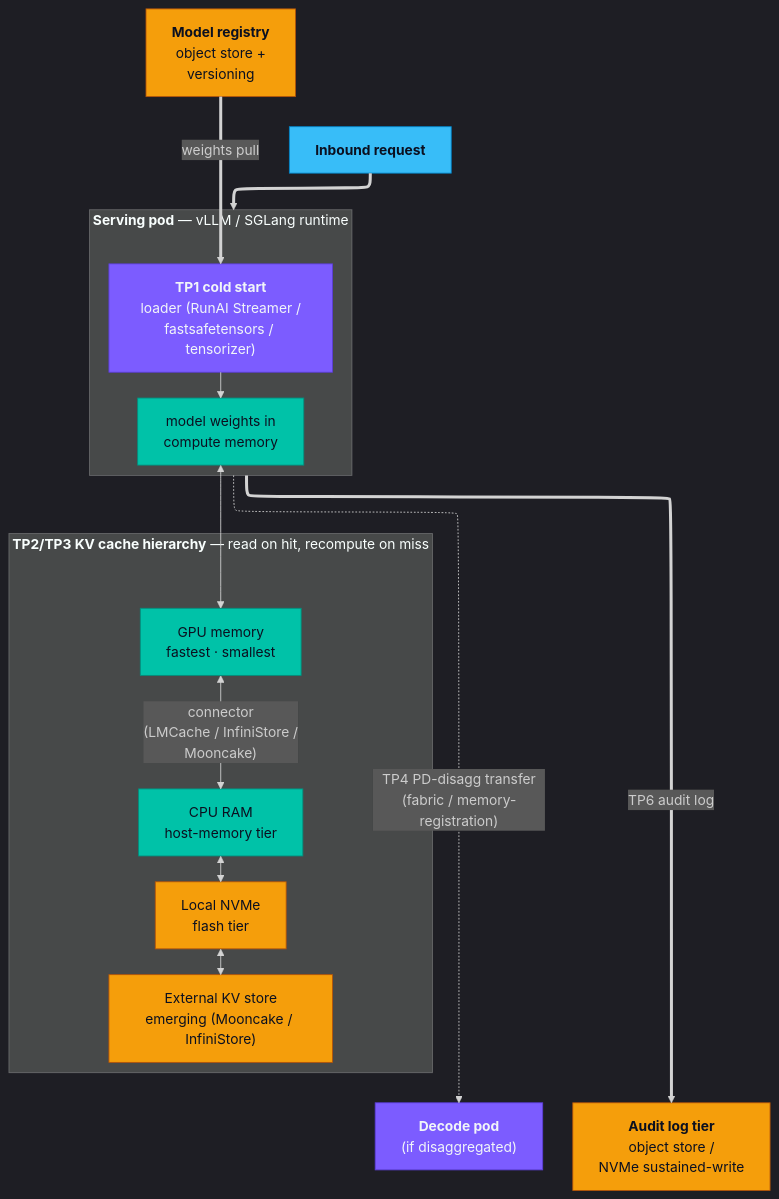
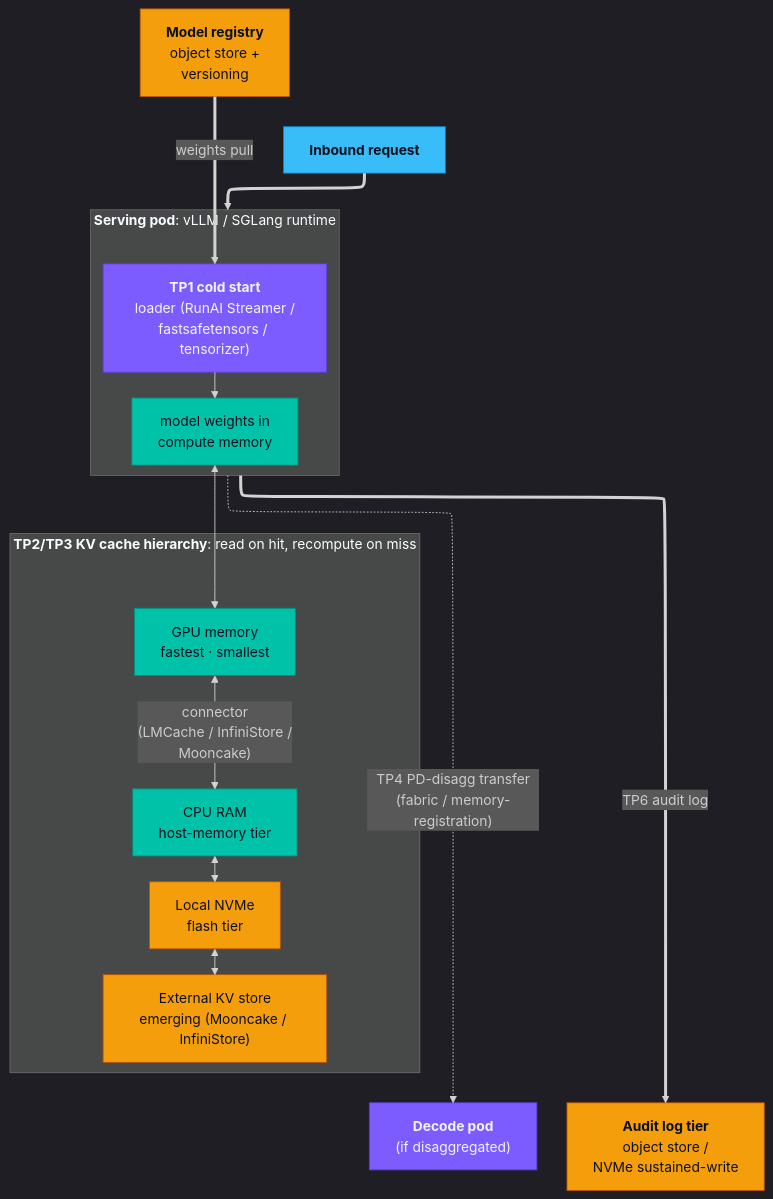
Before and after one commit to knachiketa04/aihomelab: the fourth of 4 diagrams in artifacts/concepts/storage-touchpoints-map/storage-touchpoints-map.md, drawn with Mermaid. The commit also changed other lines of this file and 7 other files, not shown here.

````diff
--- a/artifacts/concepts/storage-touchpoints-map/storage-touchpoints-map.md
+++ b/artifacts/concepts/storage-touchpoints-map/storage-touchpoints-map.md
@@ -308,40 +305,40 @@
 ```mermaid
 %%{init: {'theme':'dark', 'flowchart': {'defaultRenderer': 'elk'}}}%%
 flowchart TB
     classDef storage    fill:#F59E0B,stroke:#B45309,color:#0B1020,stroke-width:1px
     classDef compute    fill:#7C5CFF,stroke:#5B3DD9,color:#F1F5F9,stroke-width:1px
     classDef memory     fill:#00C2A8,stroke:#008F7E,color:#0B1020,stroke-width:1px
     classDef fabric     fill:#38BDF8,stroke:#0284C7,color:#0B1020,stroke-width:1px
     classDef tier       fill:#0F172A,stroke:#475569,color:#F1F5F9,stroke-width:2px
 
     REQ["<b>Inbound request</b>"]:::fabric
 
     REG["<b>Model registry</b><br>object store +<br>versioning"]:::storage
 
-    subgraph SERVING["<b>Serving pod</b> — vLLM / SGLang runtime"]
+    subgraph SERVING["<b>Serving pod</b>: vLLM / SGLang runtime"]
         direction TB
         LOADER["<b>TP1 cold start</b><br>loader (RunAI Streamer /<br>fastsafetensors / tensorizer)"]:::compute
         WEIGHTS["model weights in<br>compute memory"]:::memory
     end
 
-    subgraph KVTIER["<b>TP2/TP3 KV cache hierarchy</b> — read on hit, recompute on miss"]
+    subgraph KVTIER["<b>TP2/TP3 KV cache hierarchy</b>: read on hit, recompute on miss"]
         direction TB
         K1["GPU memory<br>fastest · smallest"]:::memory
         K2["CPU RAM<br>host-memory tier"]:::memory
         K3["Local NVMe<br>flash tier"]:::storage
         K4["External KV store<br>emerging (Mooncake / InfiniStore)"]:::storage
         K1 <-->|"connector<br>(LMCache / InfiniStore /<br>Mooncake)"| K2
         K2 <--> K3
         K3 <--> K4
     end
 
     DECODE["<b>Decode pod</b><br>(if disaggregated)"]:::compute
     LOG["<b>Audit log tier</b><br>object store /<br>NVMe sustained-write"]:::storage
 
     REG ==>|"weights pull"| LOADER
     LOADER --> WEIGHTS
     REQ ==> SERVING
     WEIGHTS <--> K1
     SERVING -.->|"TP4 PD-disagg transfer<br>(fabric / memory-registration)"| DECODE
     SERVING ==>|"TP6 audit log"| LOG
 ```
````
